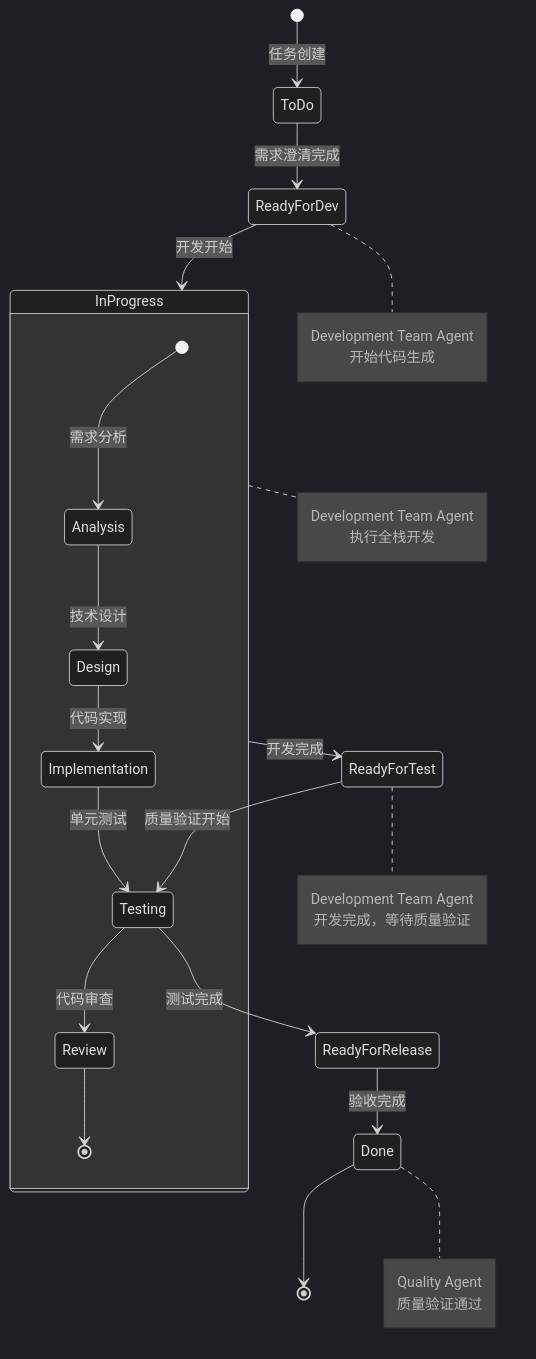
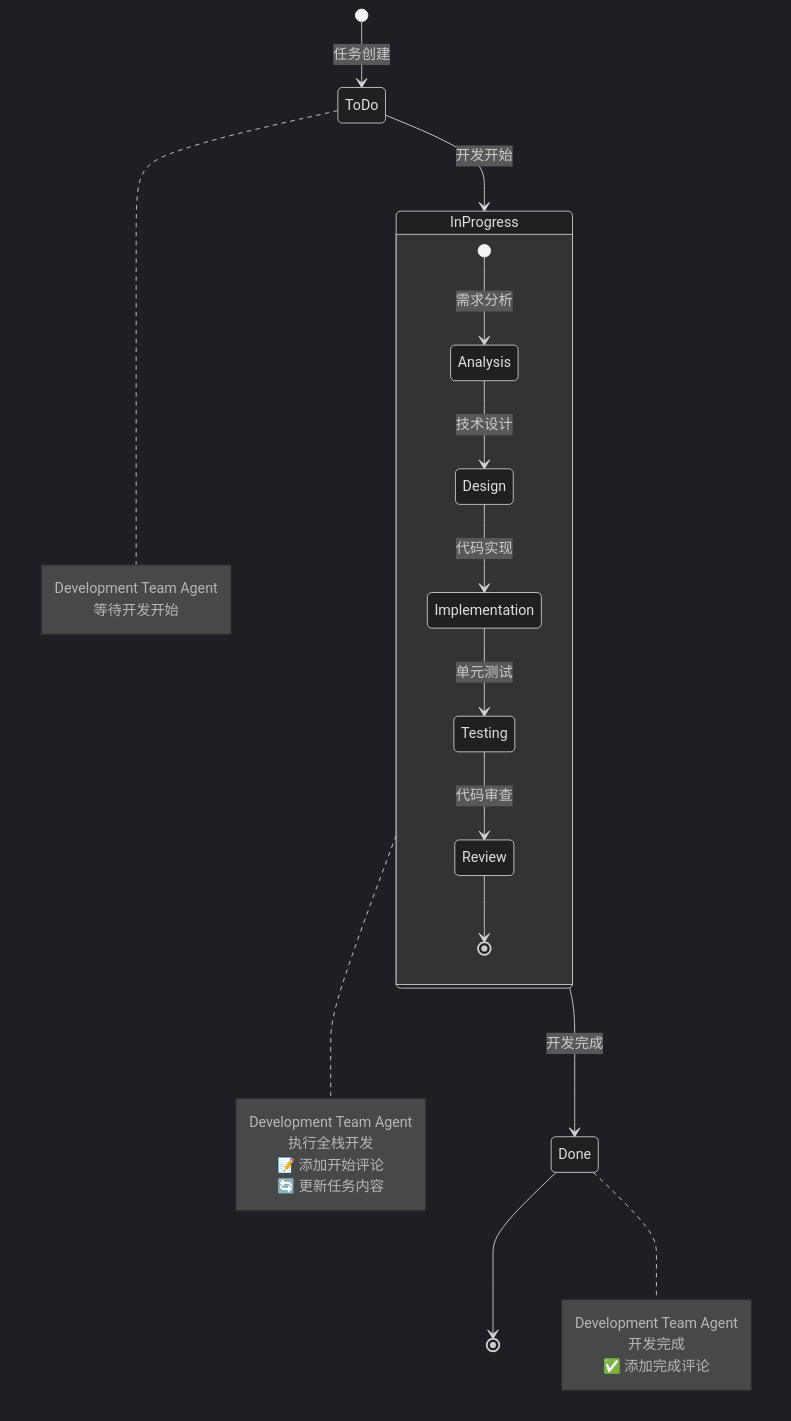
One commit to ouyangshixiong/context-engineering-zh changed the diagram in plugins/agile-marketplace/sprint-plugin/agents/development-team-agent.md. Above: the diagram before and after it, drawn with Mermaid (dark theme). The commit also changed other lines of this file and 12 other files, not shown here.

````diff
--- a/plugins/agile-marketplace/sprint-plugin/agents/development-team-agent.md
+++ b/plugins/agile-marketplace/sprint-plugin/agents/development-team-agent.md
@@ -56,41 +56,35 @@
 ```mermaid
 stateDiagram-v2
     [*] --> ToDo: 任务创建
-    ToDo --> ReadyForDev: 需求澄清完成
-    ReadyForDev --> InProgress: 开发开始
+    ToDo --> InProgress: 开发开始
 
     state InProgress {
         [*] --> Analysis: 需求分析
         Analysis --> Design: 技术设计
         Design --> Implementation: 代码实现
         Implementation --> Testing: 单元测试
         Testing --> Review: 代码审查
         Review --> [*]
     }
 
-    InProgress --> ReadyForTest: 开发完成
-    ReadyForTest --> Testing: 质量验证开始
-    Testing --> ReadyForRelease: 测试完成
-    ReadyForRelease --> Done: 验收完成
+    InProgress --> Done: 开发完成
     Done --> [*]
 
-    note right of ReadyForDev
+    note right of ToDo
         Development Team Agent
-        开始代码生成
+        等待开发开始
     end note
 
     note right of InProgress
         Development Team Agent
         执行全栈开发
-    end note
-
-    note right of ReadyForTest
-        Development Team Agent
-        开发完成，等待质量验证
+        📝 添加开始评论
+        🔄 更新任务内容
     end note
 
     note right of Done
-        Quality Agent
-        质量验证通过
+        Development Team Agent
+        开发完成
+        ✅ 添加完成评论
     end note
 ```
````
